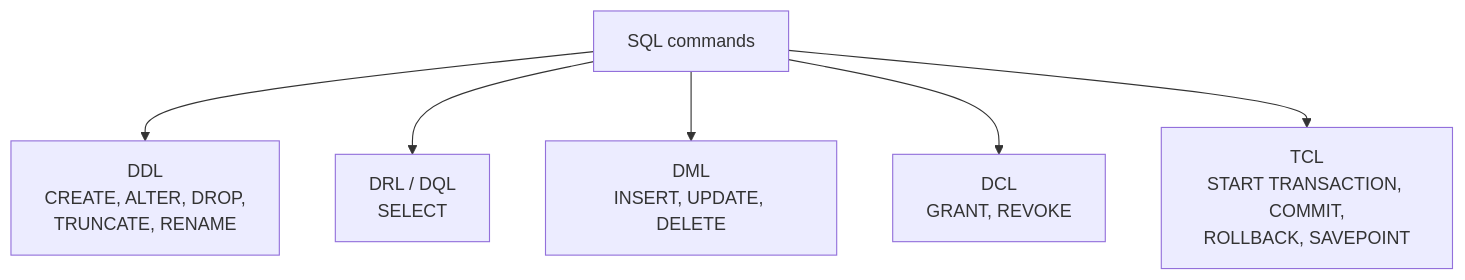
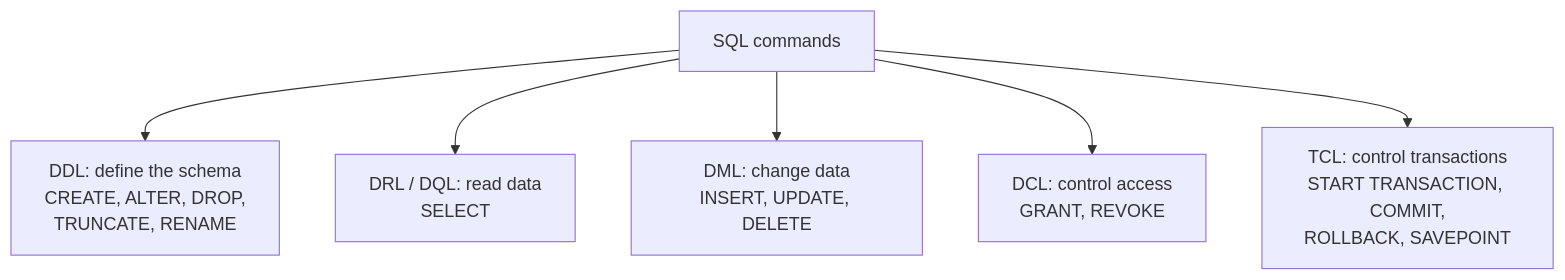
One commit to aaryan-pradhan/core-cs-fundamentals changed the second of 9 diagrams in dbms/09-sql.md. Above: the diagram before and after it, drawn with Mermaid. The commit also changed other lines of this file, not shown here.

````diff
--- a/dbms/09-sql.md
+++ b/dbms/09-sql.md
@@ -91,8 +47,8 @@
-   ```mermaid
-   flowchart TB
-     SQL["SQL commands"] --> DDL["DDL<br/>CREATE, ALTER, DROP,<br/>TRUNCATE, RENAME"]
-     SQL --> DRL["DRL / DQL<br/>SELECT"]
-     SQL --> DML["DML<br/>INSERT, UPDATE, DELETE"]
-     SQL --> DCL["DCL<br/>GRANT, REVOKE"]
-     SQL --> TCL["TCL<br/>START TRANSACTION, COMMIT,<br/>ROLLBACK, SAVEPOINT"]
-   ```
+```mermaid
+flowchart TB
+  SQL["SQL commands"] --> DDL["DDL: define the schema<br/>CREATE, ALTER, DROP,<br/>TRUNCATE, RENAME"]
+  SQL --> DQL["DRL / DQL: read data<br/>SELECT"]
+  SQL --> DML["DML: change data<br/>INSERT, UPDATE, DELETE"]
+  SQL --> DCL["DCL: control access<br/>GRANT, REVOKE"]
+  SQL --> TCL["TCL: control transactions<br/>START TRANSACTION, COMMIT,<br/>ROLLBACK, SAVEPOINT"]
+```
````
